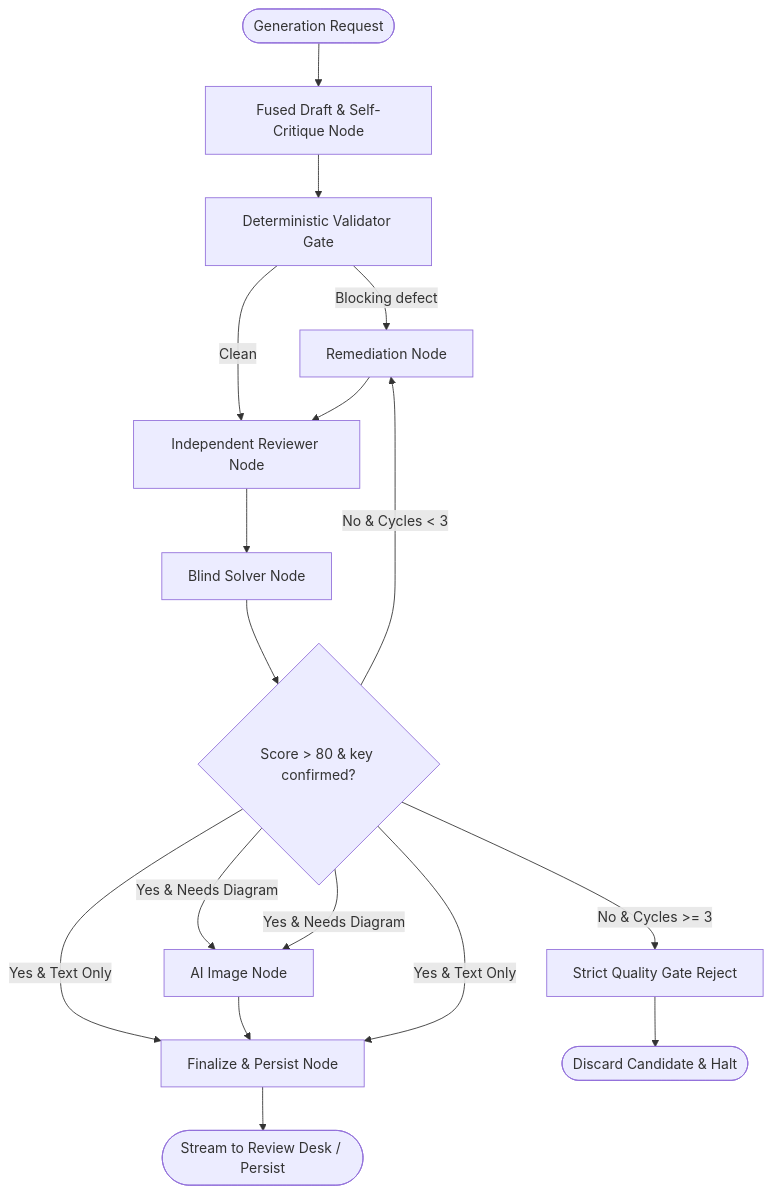
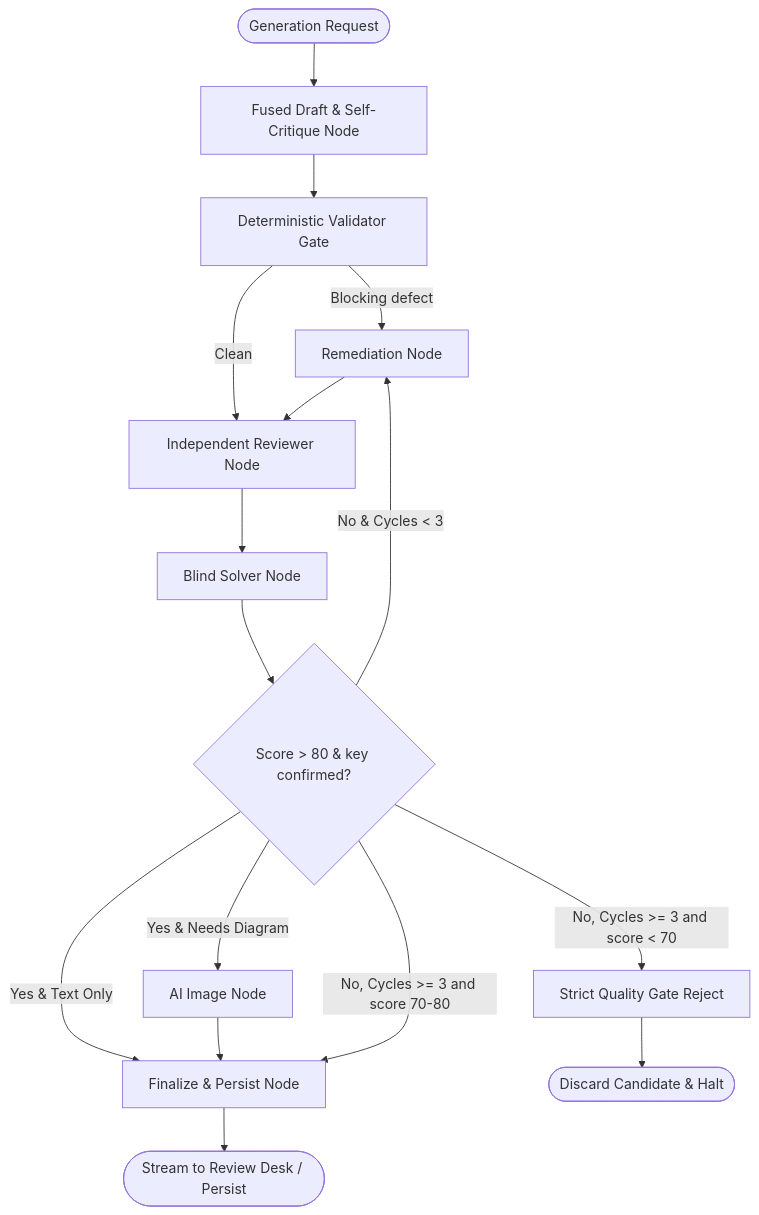
One commit to VishwamPatel-Infynno/Question-Bank-Generator changed the diagram in backend/README.md. Above: the diagram before and after it, drawn with Mermaid. The commit also changed other lines of this file and 24 other files, not shown here.

Commit message:
docs: comprehensive documentation synchronization, architecture alignment, and glossary addition

````diff
--- a/backend/README.md
+++ b/backend/README.md
@@ -213,21 +213,20 @@
 ```mermaid
 graph TD
     Start([Generation Request]) --> NodeFused[Fused Draft & Self-Critique Node]
     
     NodeFused --> Gate[Deterministic Validator Gate]
     Gate -->|Blocking defect| NodeRegen[Remediation Node]
     Gate -->|Clean| NodeRev[Independent Reviewer Node]
     NodeRev --> Solver[Blind Solver Node]
     Solver --> ScoreCheck{Score > 80 & key confirmed?}
     ScoreCheck -->|Yes & Needs Diagram| NodeImg[AI Image Node]
     ScoreCheck -->|Yes & Text Only| NodeFin[Finalize & Persist Node]
     NodeImg --> NodeFin
     NodeRegen --> NodeRev
-    ScoreCheck -->|Yes & Needs Diagram| NodeImg
-    ScoreCheck -->|Yes & Text Only| NodeFin
     ScoreCheck -->|No & Cycles < 3| NodeRegen
-    ScoreCheck -->|No & Cycles >= 3| NodeReject[Strict Quality Gate Reject]
+    ScoreCheck -->|No, Cycles >= 3 and score < 70| NodeReject[Strict Quality Gate Reject]
+    ScoreCheck -->|No, Cycles >= 3 and score 70-80| NodeFin
     
     NodeReject --> Discard([Discard Candidate & Halt])
     NodeFin --> Success([Stream to Review Desk / Persist])
 ```
````
